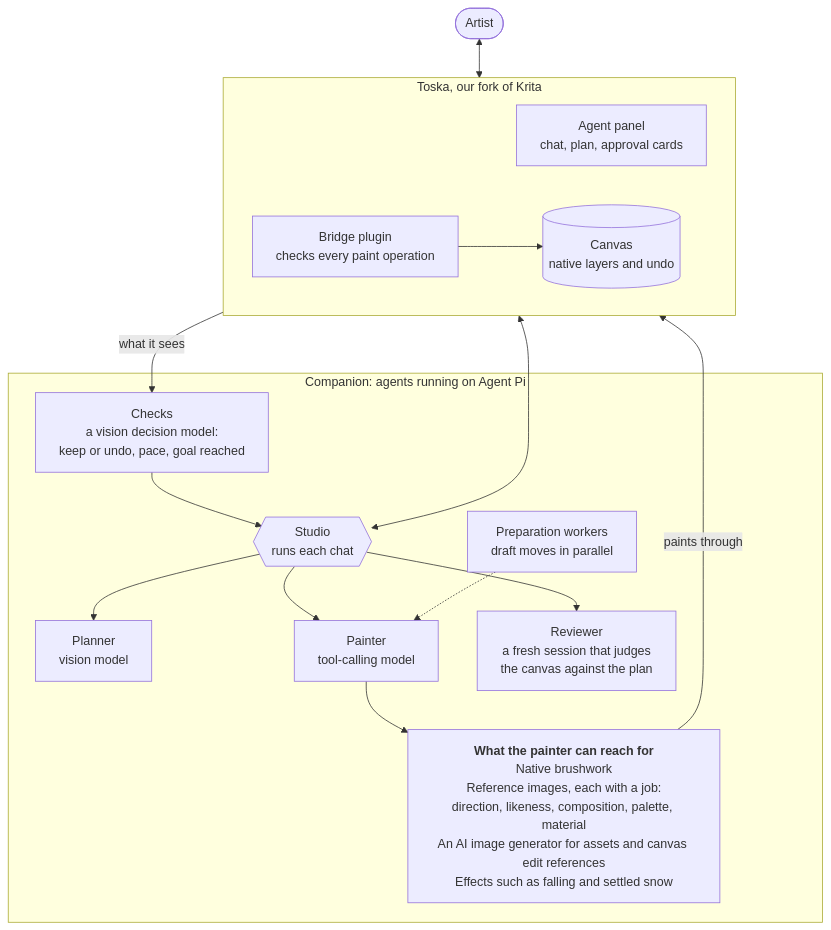
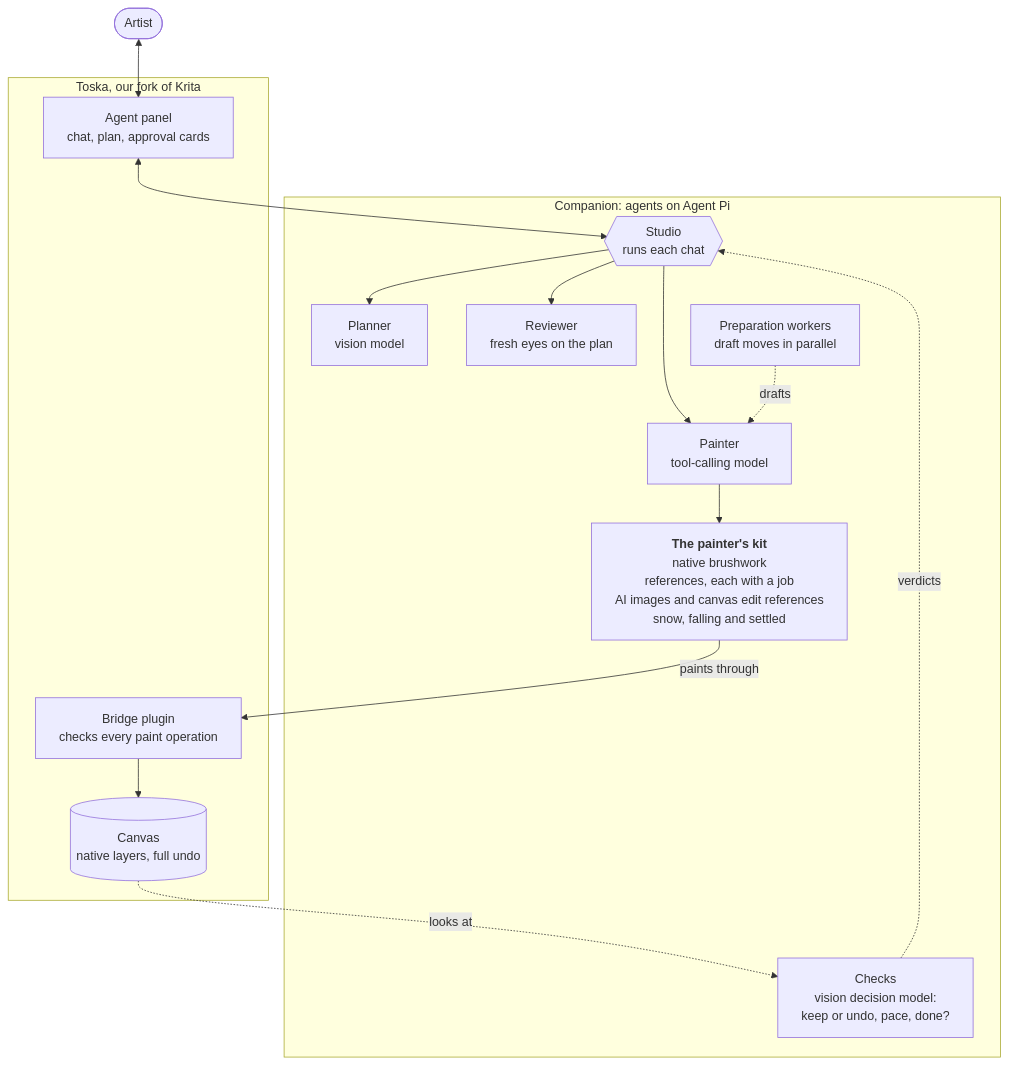
One commit to yak1234/krita-creative-agent changed the diagram in creative-agent/krita-creative-agent/public-repo/README.md. Above: the diagram before and after it, drawn with Mermaid.

Commit message:
README diagram: shorter labels, feedback arrows dashed, no crossing lines (the mermaid skill's checks)

````diff
--- a/creative-agent/krita-creative-agent/public-repo/README.md
+++ b/creative-agent/krita-creative-agent/public-repo/README.md
@@ -30,34 +30,34 @@
 ```mermaid
-%%{init: {"flowchart": {"wrappingWidth": 340}}}%%
-flowchart TB
+%%{init: {"flowchart": {"wrappingWidth": 320}}}%%
+flowchart TD
   artist(["Artist"])
 
   subgraph toska["Toska, our fork of Krita"]
-    direction LR
     panel["Agent panel<br/>chat, plan, approval cards"]
     bridge["Bridge plugin<br/>checks every paint operation"]
-    canvas[("Canvas<br/>native layers and undo")]
+    canvas[("Canvas<br/>native layers, full undo")]
   end
 
-  subgraph pi["Companion: agents running on Agent Pi"]
+  subgraph pi["Companion: agents on Agent Pi"]
     studio{{"Studio<br/>runs each chat"}}
     planner["Planner<br/>vision model"]
     painter["Painter<br/>tool-calling model"]
+    reviewer["Reviewer<br/>fresh eyes on the plan"]
     prep["Preparation workers<br/>draft moves in parallel"]
-    reviewer["Reviewer<br/>a fresh session that judges<br/>the canvas against the plan"]
-    checks["Checks<br/>a vision decision model:<br/>keep or undo, pace, goal reached"]
-    kit["<b>What the painter can reach for</b><br/>Native brushwork<br/>Reference images, each with a job:<br/>direction, likeness, composition, palette, material<br/>An AI image generator for assets and canvas edit references<br/>Effects such as falling and settled snow"]
+    kit["<b>The painter's kit</b><br/>native brushwork<br/>references, each with a job<br/>AI images and canvas edit references<br/>snow, falling and settled"]
+    checks["Checks<br/>vision decision model:<br/>keep or undo, pace, done?"]
   end
 
   artist <--> panel
   panel <--> studio
   studio --> planner
   studio --> painter
   studio --> reviewer
-  prep -.-> painter
   painter --> kit
+  studio ~~~ prep
+  prep -. drafts .-> painter
   kit -- "paints through" --> bridge
   bridge --> canvas
-  canvas -- "what it sees" --> checks
-  checks --> studio
+  canvas -. "looks at" .-> checks
+  checks -. verdicts .-> studio
 ```
````
